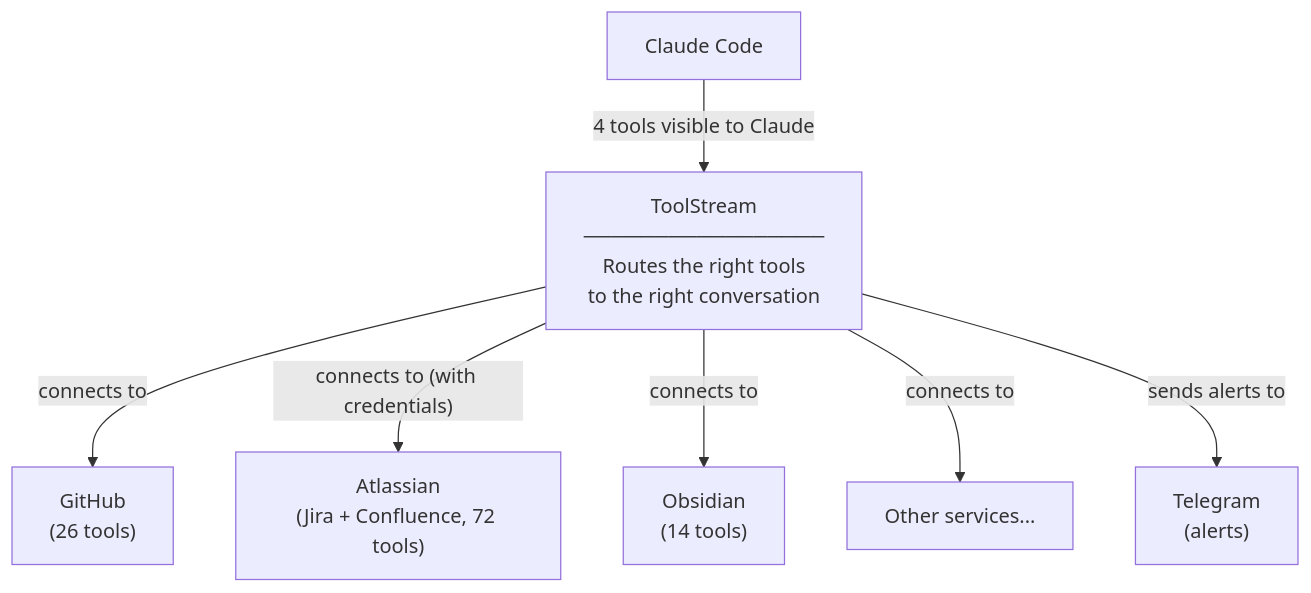
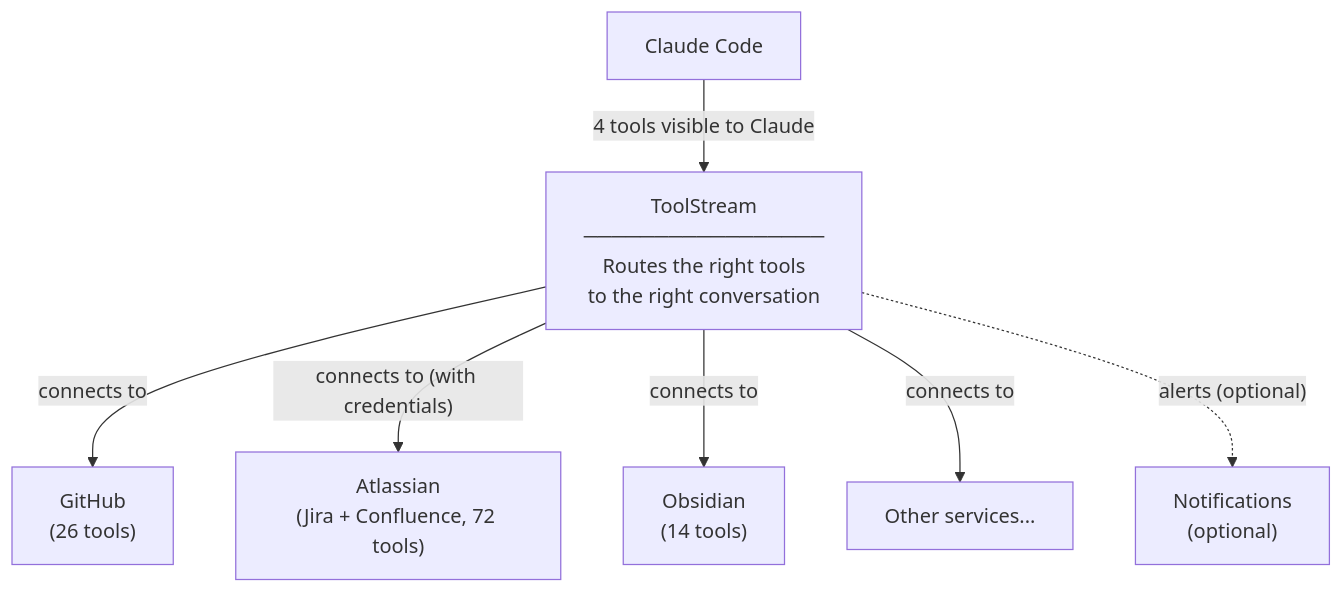
The diagram in README.md (tylerwilliamwick/toolstream), drawn with Mermaid before and after one commit. The commit also changed other lines of this file, not shown here.

First line of the commit message:
docs: add badges and genericize mermaid diagram

````diff
--- a/README.md
+++ b/README.md
@@ -16,17 +20,17 @@
 ```mermaid
 flowchart TD
     Client["Claude Code"]
     TS["ToolStream\n─────────────────\nRoutes the right tools\nto the right conversation"]
     GH["GitHub\n(26 tools)"]
     AT["Atlassian\n(Jira + Confluence, 72 tools)"]
     OB["Obsidian\n(14 tools)"]
     OT["Other services..."]
-    TG["Telegram\n(alerts)"]
+    NT["Notifications\n(optional)"]
 
     Client -- "4 tools visible to Claude" --> TS
     TS -- "connects to" --> GH
     TS -- "connects to (with credentials)" --> AT
     TS -- "connects to" --> OB
     TS -- "connects to" --> OT
-    TS -- "sends alerts to" --> TG
+    TS -. "alerts (optional)" .-> NT
 ```
````
